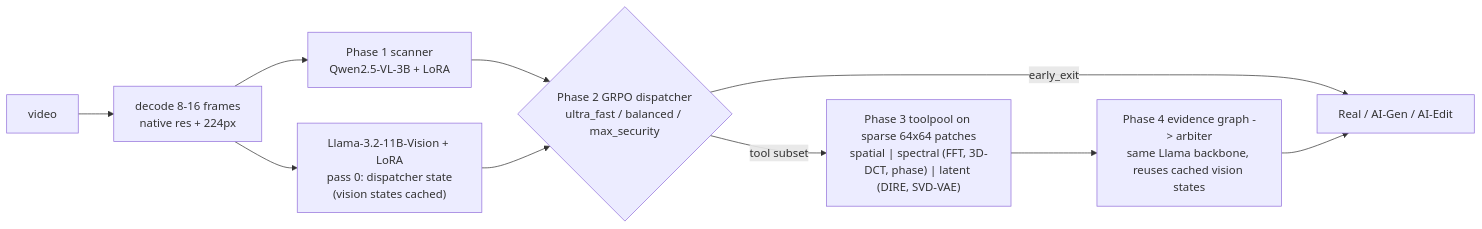
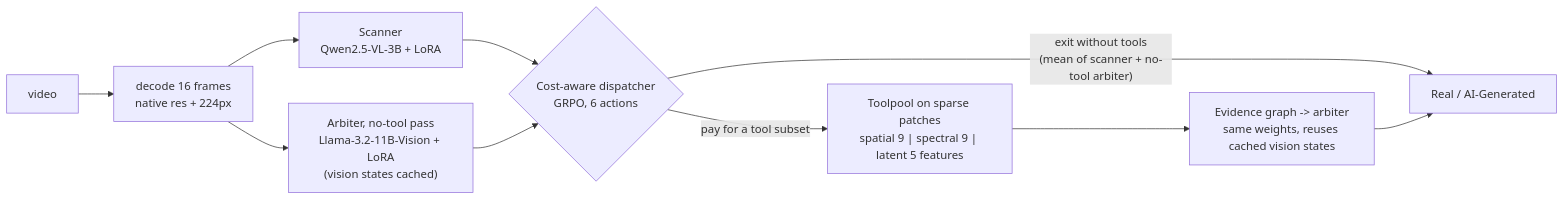
The diagram in README.md (Madhavyamjala/spectral-forensics-training-pipeline), drawn with Mermaid before and after one commit. The commit also changed other lines of this file and 2 other files, not shown here.

````diff
--- a/README.md
+++ b/README.md
@@ -9,12 +25,12 @@
 ```mermaid
 flowchart LR
-    V[video] --> D[decode 8-16 frames<br/>native res + 224px]
-    D --> Q["Phase 1 scanner<br/>Qwen2.5-VL-3B + LoRA"]
-    D --> S["Llama-3.2-11B-Vision + LoRA<br/>pass 0: dispatcher state<br/>(vision states cached)"]
-    Q --> P{"Phase 2 GRPO dispatcher<br/>ultra_fast / balanced / max_security"}
-    S --> P
-    P -- early_exit --> OUT[Real / AI-Gen / AI-Edit]
-    P -- tool subset --> T["Phase 3 toolpool on sparse 64x64 patches<br/>spatial | spectral (FFT, 3D-DCT, phase) | latent (DIRE, SVD-VAE)"]
-    T --> G["Phase 4 evidence graph -> arbiter<br/>same Llama backbone, reuses cached vision states"]
+    V[video] --> D[decode 16 frames<br/>native res + 224px]
+    D --> Q["Scanner<br/>Qwen2.5-VL-3B + LoRA"]
+    D --> A0["Arbiter, no-tool pass<br/>Llama-3.2-11B-Vision + LoRA<br/>(vision states cached)"]
+    Q --> P{"Cost-aware dispatcher<br/>GRPO, 6 actions"}
+    A0 --> P
+    P -- "exit without tools<br/>(mean of scanner + no-tool arbiter)" --> OUT[Real / AI-Generated]
+    P -- "pay for a tool subset" --> T["Toolpool on sparse patches<br/>spatial 9 | spectral 9 | latent 5 features"]
+    T --> G["Evidence graph -> arbiter<br/>same weights, reuses cached vision states"]
     G --> OUT
 ```
````
